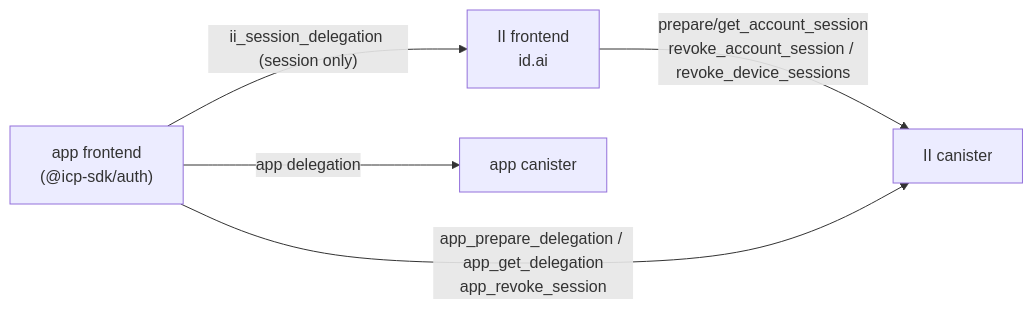
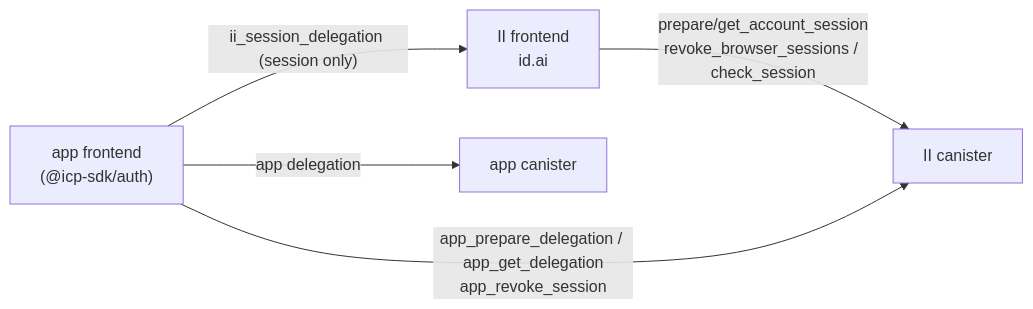
Before and after one commit to dfinity/internet-identity: the first of 7 diagrams in docs/ongoing/revocable-app-sessions-spec.md, drawn with Mermaid. The commit also changed other lines of this file and 1 other file, not shown here.

First line of the commit message:
docs: bring the session spec onto the design that shipped

````diff
--- a/docs/ongoing/revocable-app-sessions-spec.md
+++ b/docs/ongoing/revocable-app-sessions-spec.md
@@ -27,12 +28,12 @@
 ```mermaid
 flowchart LR
     App["app frontend<br/>(@icp-sdk/auth)"]
     IIF["II frontend<br/>id.ai"]
     IIC["II canister"]
     DC["app canister"]
 
     App -->|"ii_session_delegation (session only)"| IIF
-    IIF -->|"prepare/get_account_session<br/>revoke_account_session / revoke_device_sessions"| IIC
+    IIF -->|"prepare/get_account_session<br/>revoke_browser_sessions / check_session"| IIC
     App -->|"app_prepare_delegation / app_get_delegation<br/>app_revoke_session"| IIC
     App -->|"app delegation"| DC
 ```
````
